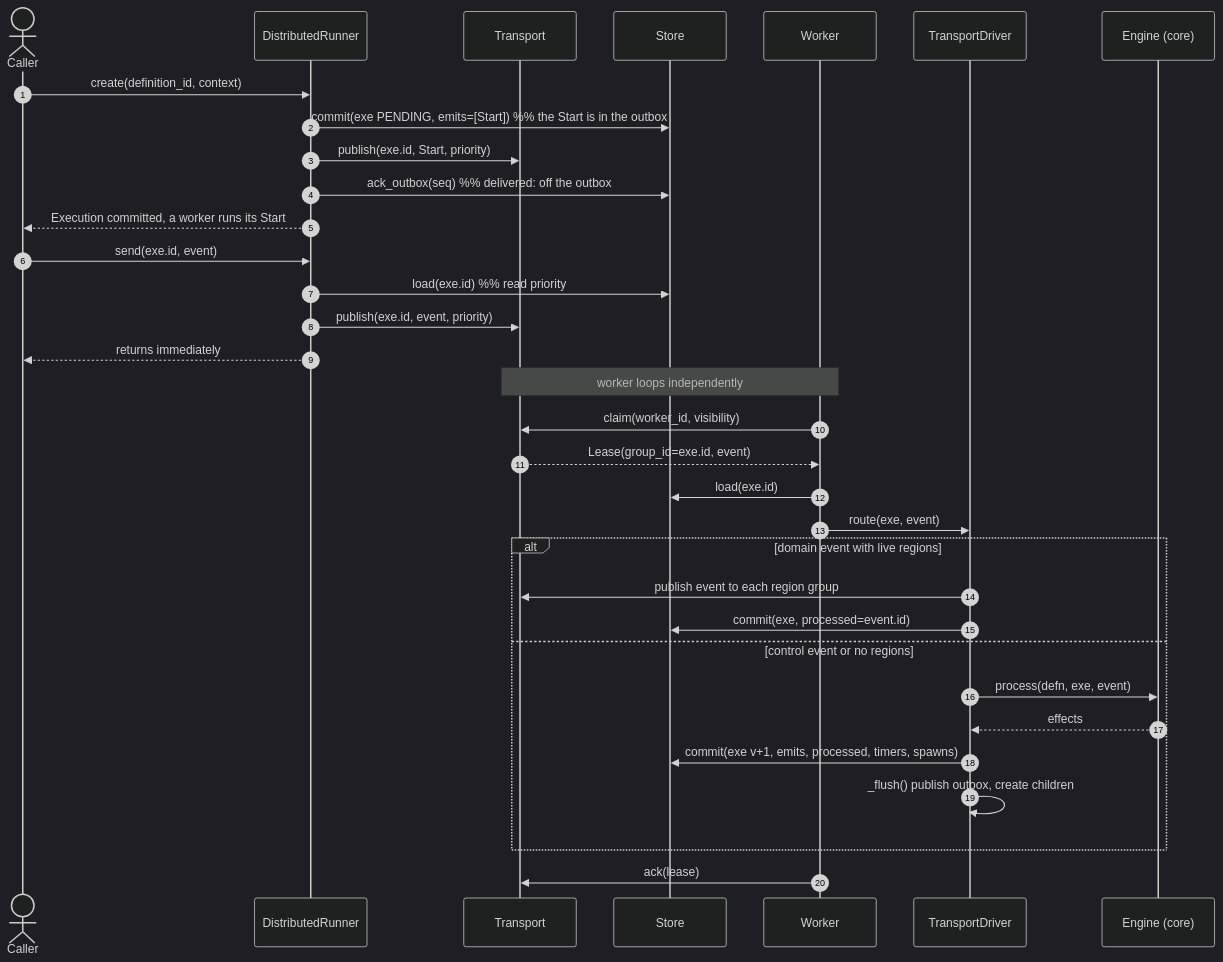
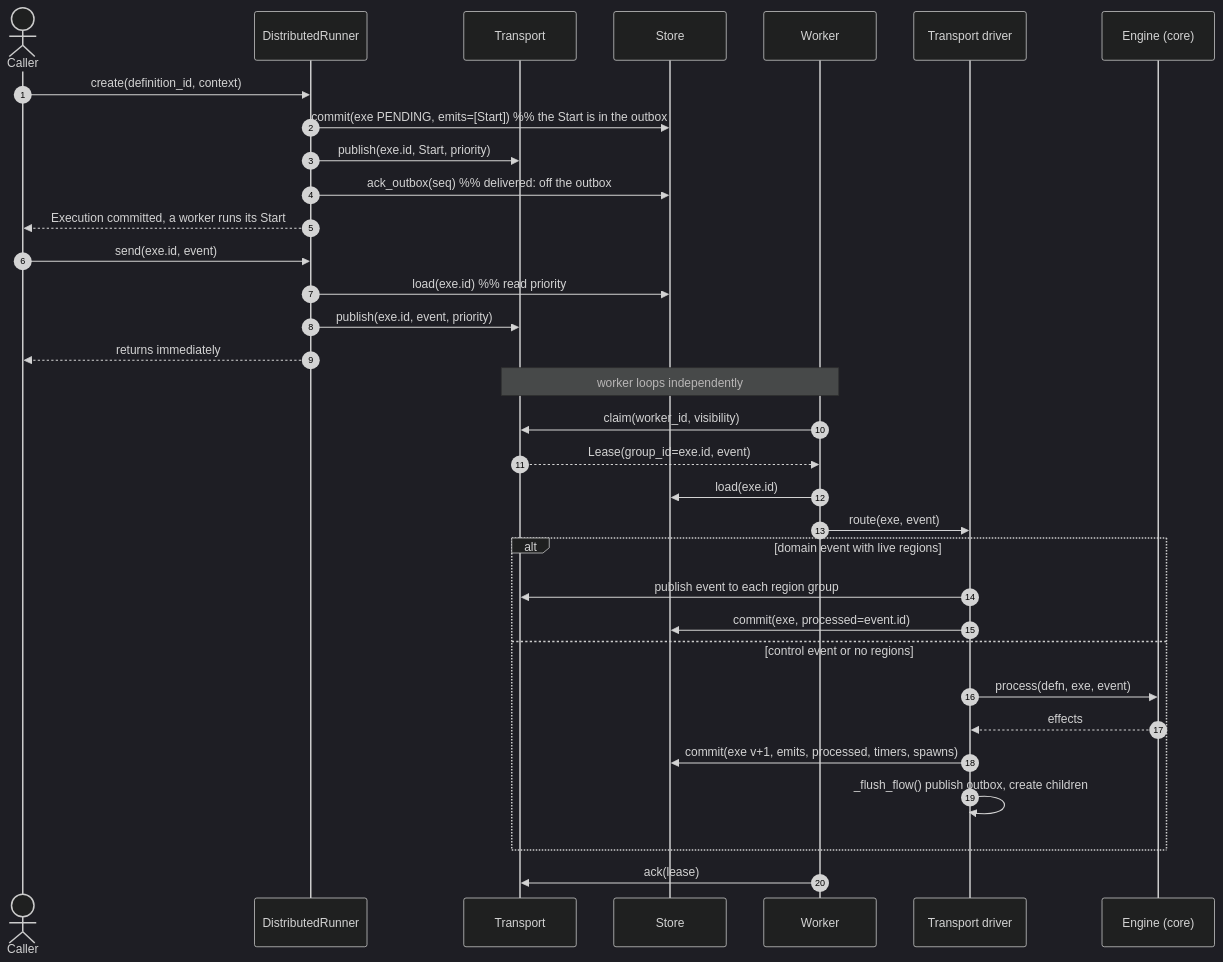
Before and after one commit to acasadom/harel: the fifth of 6 diagrams in docs/guide/architecture.md, drawn with Mermaid (dark theme). The commit also changed other lines of this file and 7 other files, not shown here.

First line of the commit message:
docs: the execution models with sequence diagrams; the guides describe the driver as flows

````diff
--- a/docs/guide/architecture.md
+++ b/docs/guide/architecture.md
@@ -314,39 +321,39 @@
 ```{mermaid}
 sequenceDiagram
   autonumber
   actor C as Caller
   participant DR as DistributedRunner
   participant T as Transport
   participant S as Store
   participant W as Worker
-  participant TD as TransportDriver
+  participant TD as Transport driver
   participant E as Engine (core)
 
   C->>DR: create(definition_id, context)
   DR->>S: commit(exe PENDING, emits=[Start])   %% the Start is in the outbox
   DR->>T: publish(exe.id, Start, priority)
   DR->>S: ack_outbox(seq)   %% delivered: off the outbox
   DR-->>C: Execution committed, a worker runs its Start
 
   C->>DR: send(exe.id, event)
   DR->>S: load(exe.id)   %% read priority
   DR->>T: publish(exe.id, event, priority)
   DR-->>C: returns immediately
 
   Note over W,T: worker loops independently
 
   W->>T: claim(worker_id, visibility)
   T-->>W: Lease(group_id=exe.id, event)
   W->>S: load(exe.id)
   W->>TD: route(exe, event)
   alt domain event with live regions
     TD->>T: publish event to each region group
     TD->>S: commit(exe, processed=event.id)
   else control event or no regions
     TD->>E: process(defn, exe, event)
     E-->>TD: effects
     TD->>S: commit(exe v+1, emits, processed, timers, spawns)
-    TD->>TD: _flush() publish outbox, create children
+    TD->>TD: _flush_flow() publish outbox, create children
   end
   W->>T: ack(lease)
 ```
````
